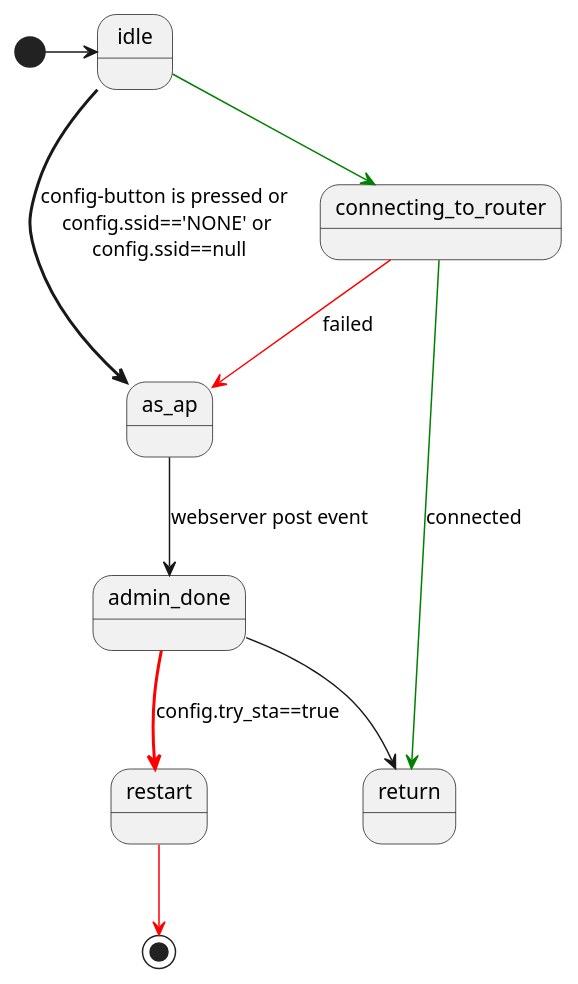
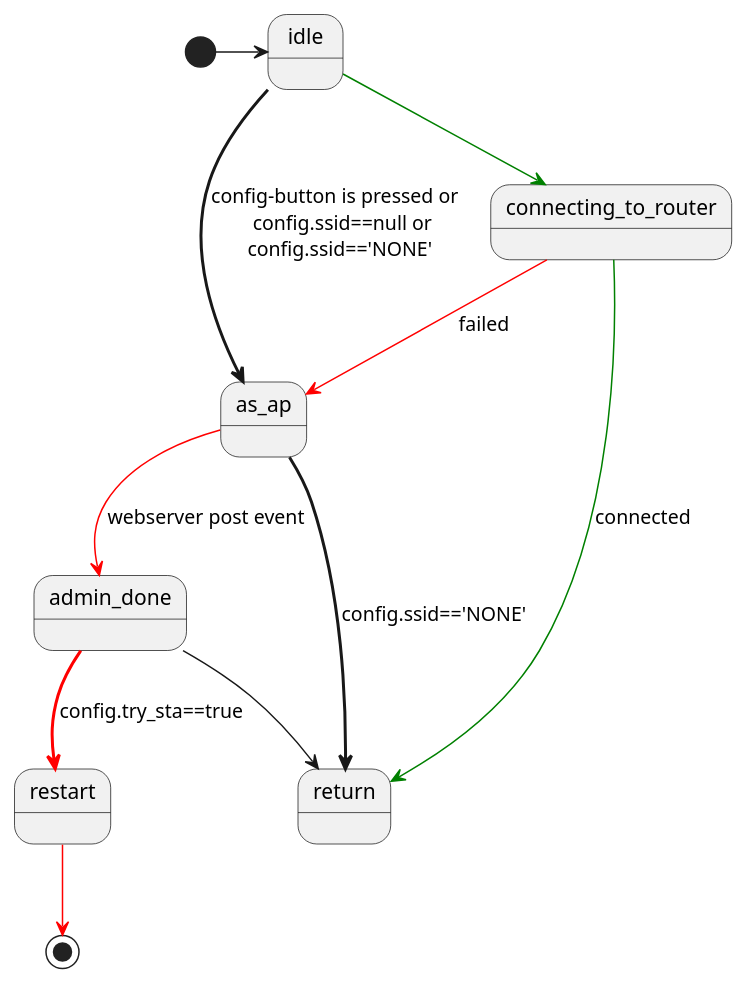
Before and after one commit to voicevon/gobot_front: the diagram in esp32_arm/src/MyLibs/utility/webserver_starter/docs/statemachie.puml, drawn with PlantUML. The commit also changed 12 other files, not shown here.

```diff
--- a/esp32_arm/src/MyLibs/utility/webserver_starter/docs/statemachie.puml
+++ b/esp32_arm/src/MyLibs/utility/webserver_starter/docs/statemachie.puml
@@ -1,16 +1,17 @@
 @startuml
 [*] -> idle
-idle -[bold]> as_ap :config-button is pressed or \n config.ssid=='NONE' or \n config.ssid==null
+idle -[bold]> as_ap :config-button is pressed or \n  config.ssid==null or\n config.ssid=='NONE'
 idle -[#green]-> connecting_to_router 
 
 connecting_to_router -[#green]-> return :connected
 
 
 connecting_to_router -[#red]-> as_ap :failed
-as_ap --> admin_done :webserver post event
+as_ap -[#red]-> admin_done :webserver post event
+as_ap -[bold]-> return :config.ssid=='NONE'
 admin_done --> return
 
 admin_done --[#red,bold]> restart :config.try_sta==true
 restart -[#red]-> [*]
 
 @enduml
```
